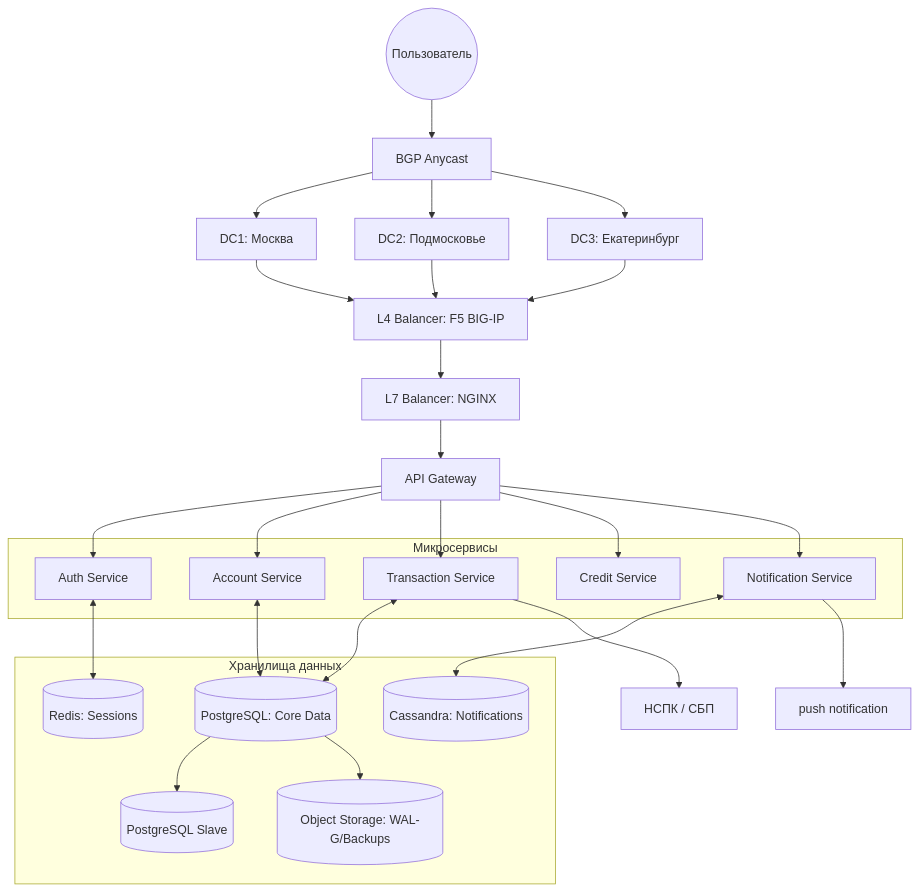
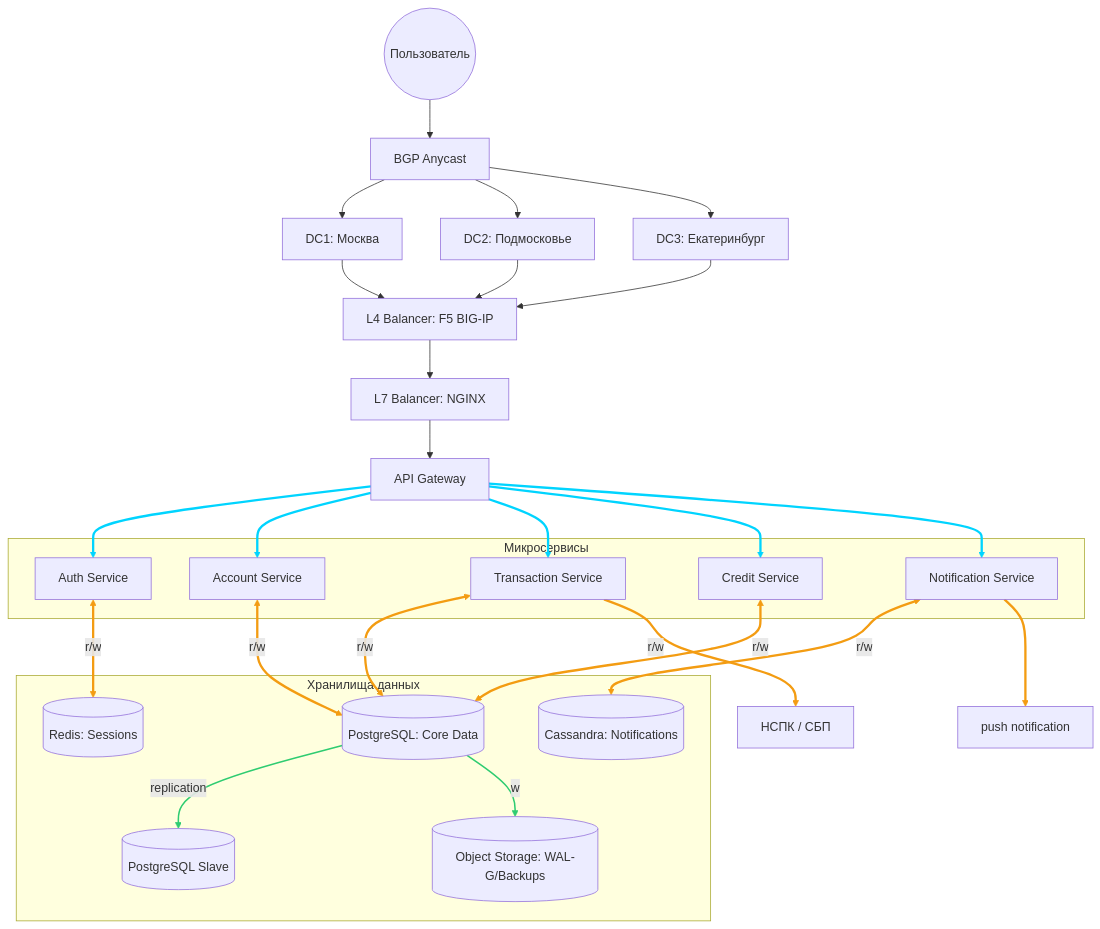
One commit to Xyzdat/alpha_highload changed the diagram in README.md. Above: the diagram before and after it, drawn with Mermaid.

````diff
--- a/README.md
+++ b/README.md
@@ -374,42 +374,47 @@
 ```mermaid
 graph TD
     %% Глобальный уровень
     User((Пользователь)) --> Anycast[BGP Anycast]
     Anycast --> DC1[DC1: Москва]
     Anycast --> DC2[DC2: Подмосковье]
     Anycast --> DC3[DC3: Екатеринбург]
 
     %% Связь внешнего уровня с внутренним
     DC1 & DC2 & DC3 --> L4
 
     L4[L4 Balancer: F5 BIG-IP] --> L7[L7 Balancer: NGINX]
     L7 --> Gateway[API Gateway]
 
     subgraph "Микросервисы"
         AuthS[Auth Service]
         AccountS[Account Service]
         TransS[Transaction Service]
         CreditS[Credit Service]
         NotifS[Notification Service]
     end
 
 
     subgraph "Хранилища данных"
         Redis[(Redis: Sessions)]
         PostgresMaster[(PostgreSQL: Core Data)]
         PostgresSlave[(PostgreSQL Slave)]
         Cassandra[(Cassandra: Notifications)]
         S3[(Object Storage: WAL-G/Backups)]
     end
   %% Потоки данных
     Gateway --> AuthS & AccountS & TransS & CreditS & NotifS
-    AuthS <--> Redis
-    AccountS <--> PostgresMaster
-    TransS <--> PostgresMaster
-    NotifS <--> Cassandra
-    PostgresMaster --> PostgresSlave
-    PostgresMaster --> S3
+    AuthS <--> |r/w| Redis
+    AccountS <--> |r/w| PostgresMaster
+    TransS <--> |r/w| PostgresMaster
+    NotifS <--> |r/w| Cassandra
+    CreditS <--> |r/w| PostgresMaster
+    PostgresMaster --> |replication| PostgresSlave
+    PostgresMaster --> |w|S3
  %% Внешние интеграции
     NotifS --> Push[push notification]
-    TransS --> SBP[НСПК / СБП]
+    TransS --> |r/w|SBP[НСПК / СБП]
+
+    linkStyle 9,10,11,12,13 stroke:#00d4ff,stroke-width:3px;
+    linkStyle 16,17,18,14,15,21,22 stroke:#f39c12,stroke-width:3px;
+    linkStyle 19,20 stroke:#2ecc71,stroke-width:2px;
 ```
````
